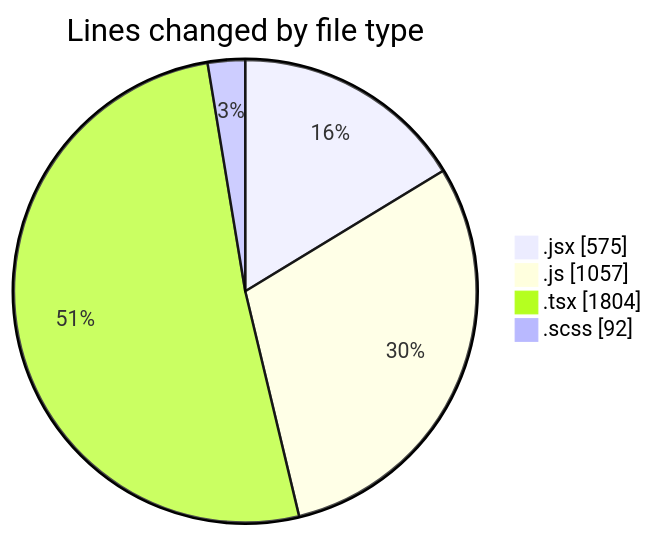
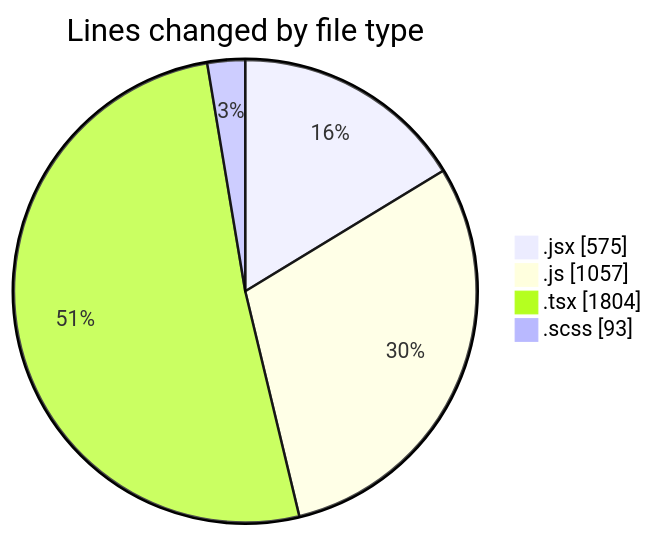
The first of 2 diagrams in 2026-02-12/cda/README.md (momahboobian/code-tracking), drawn with Mermaid before and after one commit. The commit also changed other lines of this file and 1 other file, not shown here.

````diff
--- a/2026-02-12/cda/README.md
+++ b/2026-02-12/cda/README.md
@@ -31,8 +31,8 @@
 ```mermaid
 pie showData
 title Lines changed by file type
 ".jsx" : 575
 ".js" : 1057
 ".tsx" : 1804
-".scss" : 92
+".scss" : 93
 ```
````
